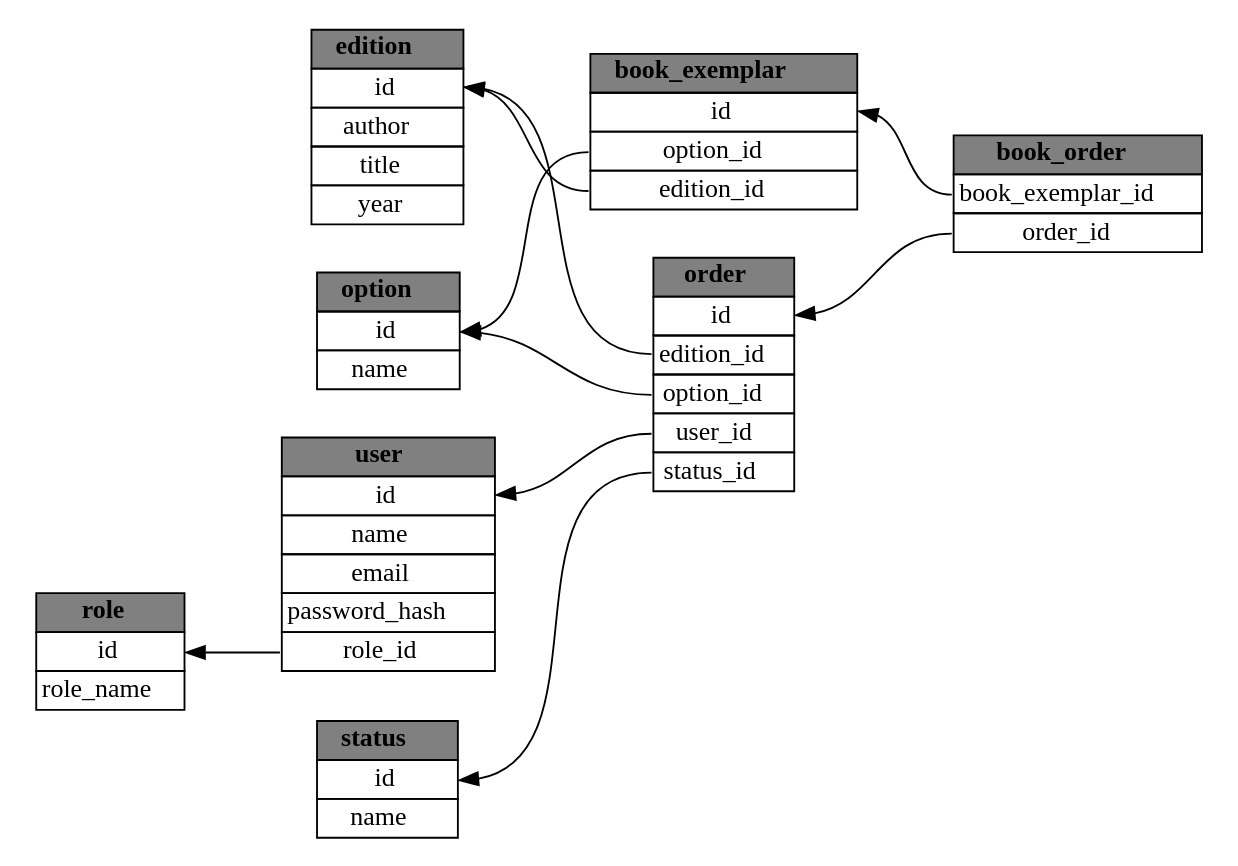
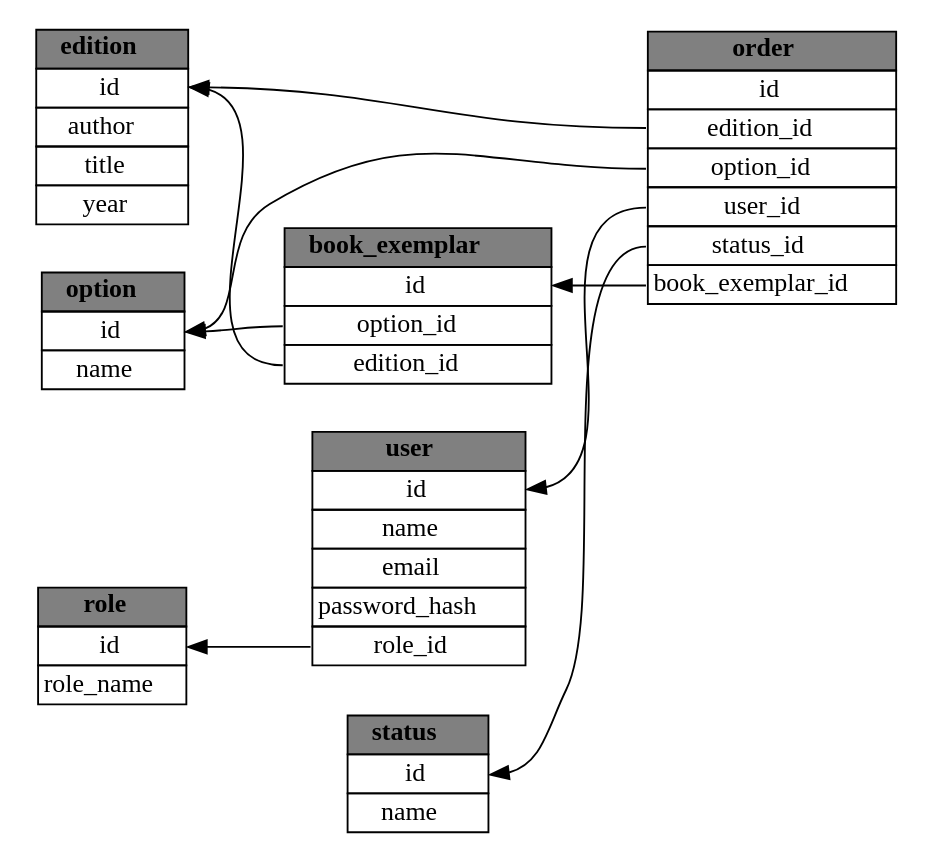
One commit to AleksandrRadchenko/Web-Library changed the diagram in epm-wl-docs/db_schema.dot. Above: the diagram before and after it, drawn with Graphviz.

Commit message:
EPMWL-1 Move book_exemplar_id to order table
Remove book_order table

```diff
--- a/epm-wl-docs/db_schema.dot
+++ b/epm-wl-docs/db_schema.dot
@@ -1,108 +1,97 @@
 digraph wl_db {
   node [shape=rectangle]
 
   rankdir=RL
 
   user
   [
     shape = none
     label = <<table border="0" cellspacing="0">
                 <tr><td border="1" bgcolor="grey"><b>user</b></td></tr>
                 <tr><td port="id" border="1">id</td></tr>
                 <tr><td border="1">name</td></tr>
                 <tr><td border="1">email</td></tr>
                 <tr><td border="1">password_hash</td></tr>
                 <tr><td port="r_id" border="1">role_id</td></tr>
             </table>>
   ]
 
   order
   [
     shape = none
     label = <<table border="0" cellspacing="0">
                 <tr><td border="1" bgcolor="grey">  <b>order</b>  </td></tr>
                 <tr><td port="id" border="1">id</td></tr>
                 <tr><td port="e_id" border="1">edition_id</td></tr>
                 <tr><td port="op_id"  border="1">option_id</td></tr>
                 <tr><td port="u_id" border="1">user_id</td></tr>
                 <tr><td port="s_id" border="1">status_id</td></tr>
+                <tr><td port="b_id"  border="1">book_exemplar_id</td></tr>
             </table>>
   ]
 
   order:e_id -> edition:id [weight=1]
   order:u_id -> user:id [weight=1]
   order:s_id -> status:id [weight=1]
   order:op_id -> option:id [weight=1]
+  order:b_id -> book_exemplar:id [weight=1]
 
   status
   [
     shape = none
     label = <<table border="0" cellspacing="0">
                 <tr><td border="1" bgcolor="grey">  <b>status</b>  </td></tr>
                 <tr><td port="id" border="1">id</td></tr>
                 <tr><td border="1">name</td></tr>
             </table>>
   ]
 
   role
   [
     shape = none
     label = <<table border="0" cellspacing="0">
                 <tr><td border="1" bgcolor="grey">  <b>role</b>  </td></tr>
                 <tr><td port="id" border="1">id</td></tr>
                 <tr><td border="1">role_name</td></tr>
             </table>>
   ]
 
   user:r_id -> role:id[weight=1]
 
   edition
   [
     shape = none
     label = <<table border="0" cellspacing="0">
                 <tr><td border="1" bgcolor="grey">  <b>edition</b>  </td></tr>
                 <tr><td port="id" border="1">id</td></tr>
                 <tr><td border="1">author</td></tr>
                 <tr><td border="1">title</td></tr>
                 <tr><td border="1">year</td></tr>
             </table>>
   ]
 
   book_exemplar
   [
     shape = none
     label = <<table border="0" cellspacing="0">
                 <tr><td border="1" bgcolor="grey">  <b>book_exemplar</b>  </td></tr>
                 <tr><td port="id" border="1">id</td></tr>
                 <tr><td port="op_id" border="1">option_id</td></tr>
                 <tr><td port="e_id" border="1">edition_id</td></tr>
             </table>>
   ]
 
   book_exemplar:e_id -> edition:id [weight=1]
   book_exemplar:op_id -> option:id [weight=1]
 
-  book_order
-  [
-    shape = none
-    label = <<table border="0" cellspacing="0">
-                <tr><td border="1" bgcolor="grey">  <b>book_order</b>  </td></tr>
-                <tr><td port="b_id"  border="1">book_exemplar_id</td></tr>
-                <tr><td port="o_id"  border="1">order_id</td></tr>
-            </table>>
-  ]
-
-  book_order:b_id -> book_exemplar:id [weight=1]
-  book_order:o_id -> order:id [weight=1]
-
   option
   [
     shape = none
     label = <<table border="0" cellspacing="0">
                 <tr><td border="1" bgcolor="grey">  <b>option</b>  </td></tr>
                 <tr><td port="id" border="1">id</td></tr>
                 <tr><td port="b_id"  border="1">name</td></tr>
             </table>>
   ]
 
 }
```
